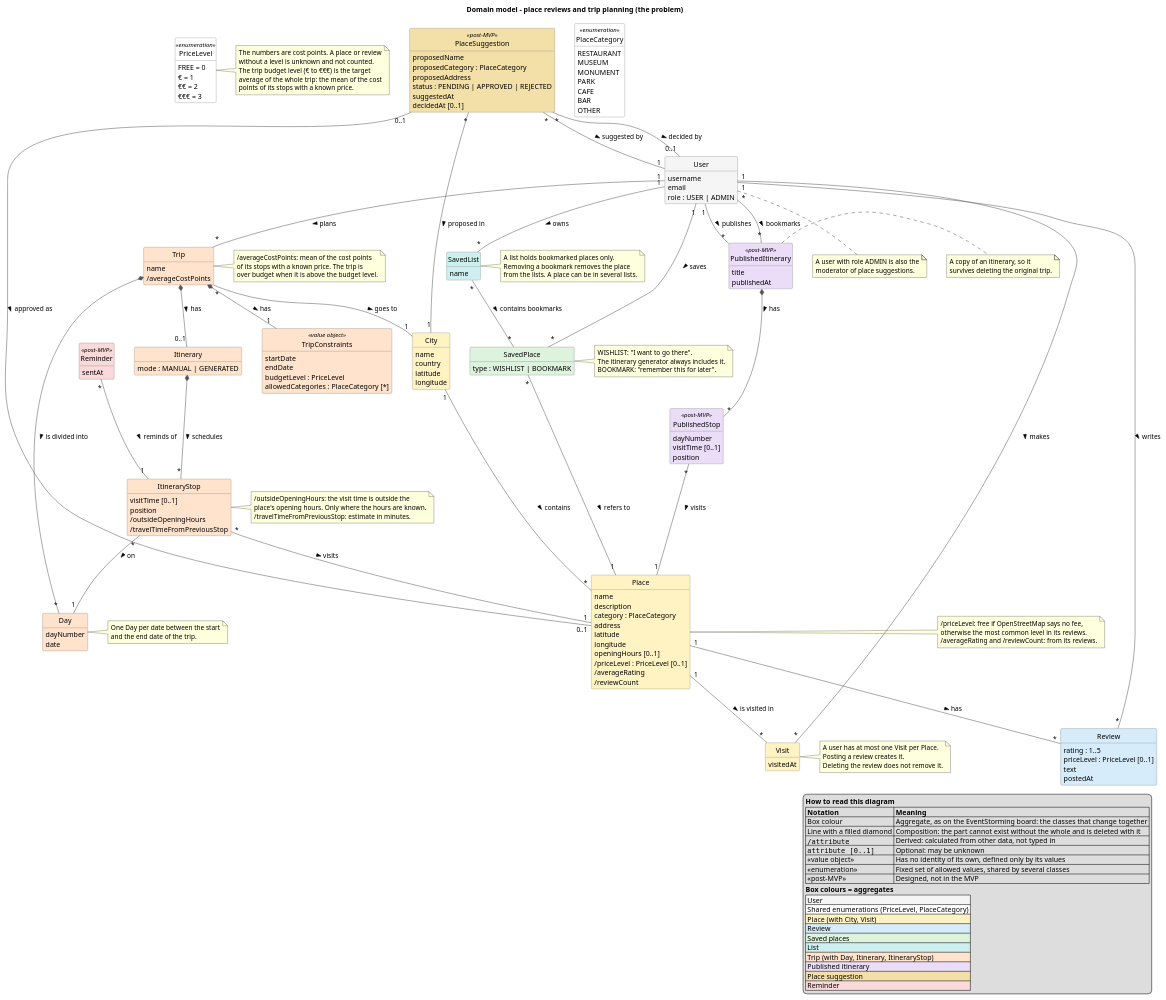
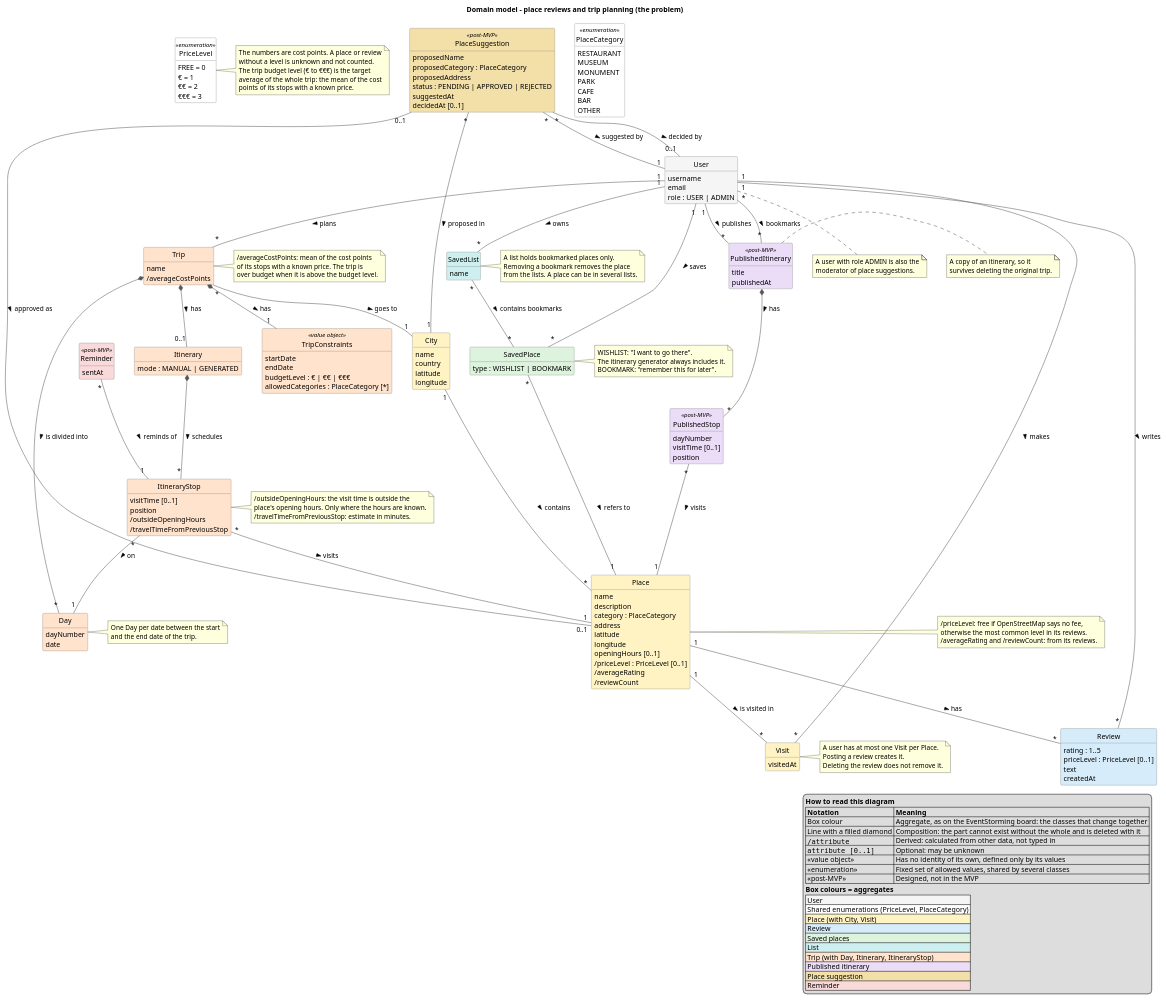
The diagram in docs/design/domain-model.puml (MESW-LES-2627/les-project-group-7), drawn with PlantUML before and after one commit. The commit also changed 7 other files, not shown here.

```diff
--- a/docs/design/domain-model.puml
+++ b/docs/design/domain-model.puml
@@ -104,7 +104,7 @@
   rating : 1..5
   priceLevel : PriceLevel [0..1]
   text
-  postedAt
+  createdAt
 }
 
 class Visit #FFF3C4 {
@@ -147,7 +147,7 @@
 class TripConstraints <<value object>> #FFE3CC {
   startDate
   endDate
-  budgetLevel : PriceLevel
+  budgetLevel : € | €€ | €€€
   allowedCategories : PlaceCategory [*]
 }
 
```
